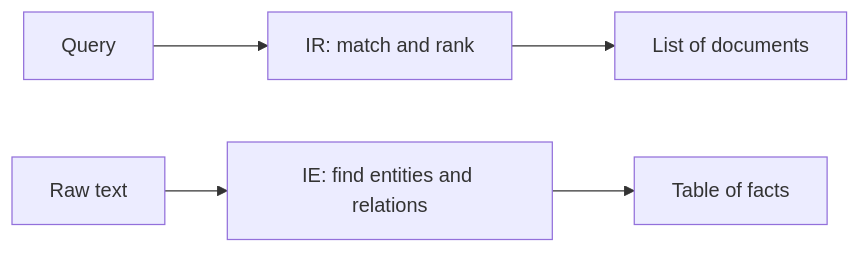
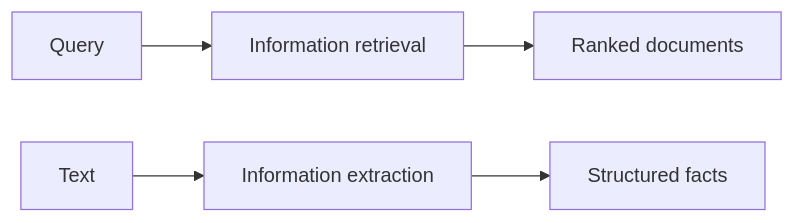
Before and after one commit to TrendySloth1001/sem-seven-notes: the diagram in content/natural-language-processing/pyq/2024-12/q1b.mdx, drawn with Mermaid. The commit also changed other lines of this file and 406 other files, not shown here.

````diff
--- a/content/natural-language-processing/pyq/2024-12/q1b.mdx
+++ b/content/natural-language-processing/pyq/2024-12/q1b.mdx
@@ -11,6 +15,6 @@
 ```mermaid
-%% caption: IR returns whole documents for a query. IE reads the text and returns structured facts.
+%% caption: IR returns documents; IE returns facts.
 flowchart LR
-  Q["Query"] --> IR["IR: match and rank"] --> D["List of documents"]
-  T["Raw text"] --> IE["IE: find entities and relations"] --> F["Table of facts"]
+  A["Query"] --> B["Information retrieval"] --> C["Ranked documents"]
+  D["Text"] --> E["Information extraction"] --> F["Structured facts"]
 ```
````
